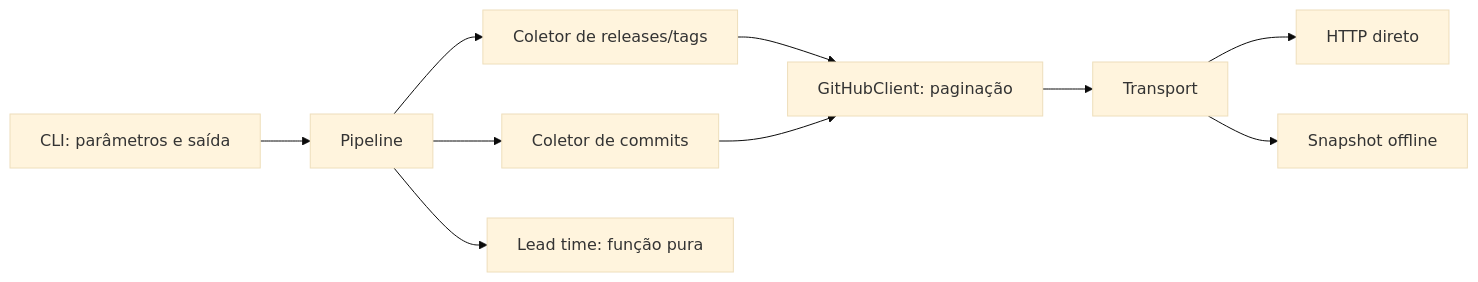
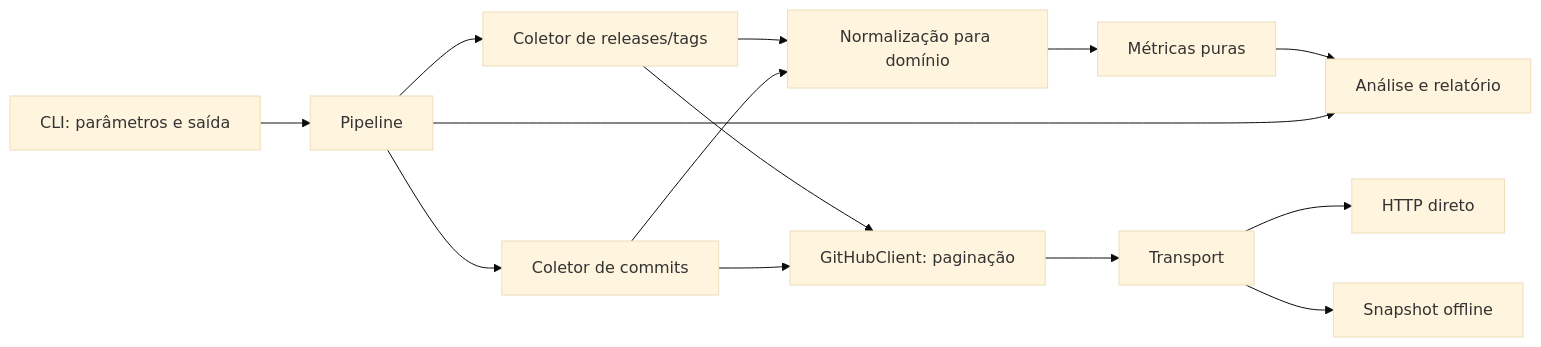
One commit to lucasrsnd/lab-medicao-experimentacao changed the diagram in Lab-03/docs/arquitetura.md. Above: the diagram before and after it, drawn with Mermaid (base theme). The commit also changed other lines of this file and 17 other files, not shown here.

```diff
--- a/Lab-03/docs/arquitetura.md
+++ b/Lab-03/docs/arquitetura.md
@@ -5,12 +5,16 @@
 ~~~mermaid
 flowchart LR
   CLI[CLI: parâmetros e saída] --> P[Pipeline]
   P --> R[Coletor de releases/tags]
   P --> C[Coletor de commits]
-  P --> M[Lead time: função pura]
+  R --> N[Normalização para domínio]
+  C --> N
+  N --> M[Métricas puras]
+  M --> A[Análise e relatório]
+  P --> A
   R --> G[GitHubClient: paginação]
   C --> G
   G --> T[Transport]
   T --> H[HTTP direto]
   T --> S[Snapshot offline]
 ~~~
```
